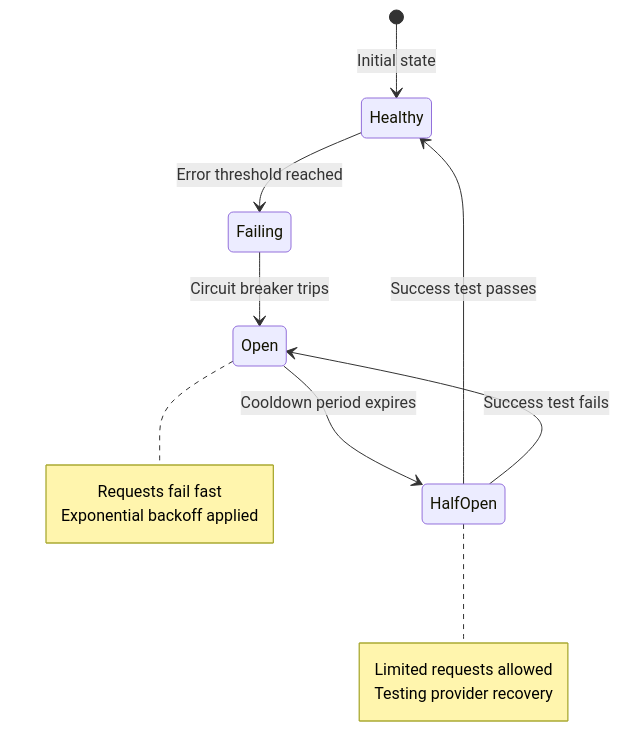
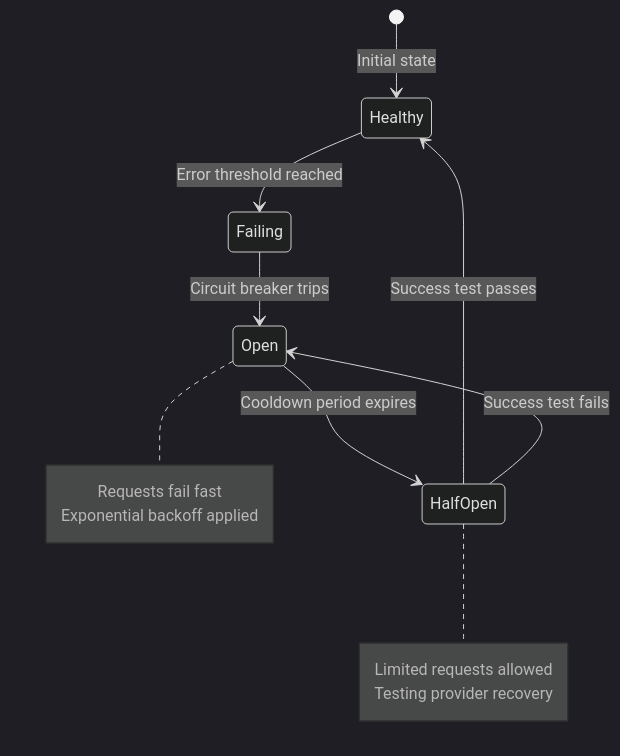
The third of 3 diagrams in API Gateway Simulator /README.md (yranjan06/Learning-Projects), drawn with Mermaid before and after one commit. The commit also changed other lines of this file, not shown here.

Commit message:
Update Mermaid diagrams to use dark theme for better visibility

````diff
--- a/API Gateway Simulator /README.md
+++ b/API Gateway Simulator /README.md
@@ -138,19 +140,20 @@
 ```mermaid
+%%{init: {'theme': 'dark'}}%%
 stateDiagram-v2
     [*] --> Healthy: Initial state
     Healthy --> Failing: Error threshold reached
     Failing --> Open: Circuit breaker trips
     Open --> HalfOpen: Cooldown period expires
     HalfOpen --> Healthy: Success test passes
     HalfOpen --> Open: Success test fails
 
     note right of Open
         Requests fail fast
         Exponential backoff applied
     end note
 
     note right of HalfOpen
         Limited requests allowed
         Testing provider recovery
     end note
 ```
````
